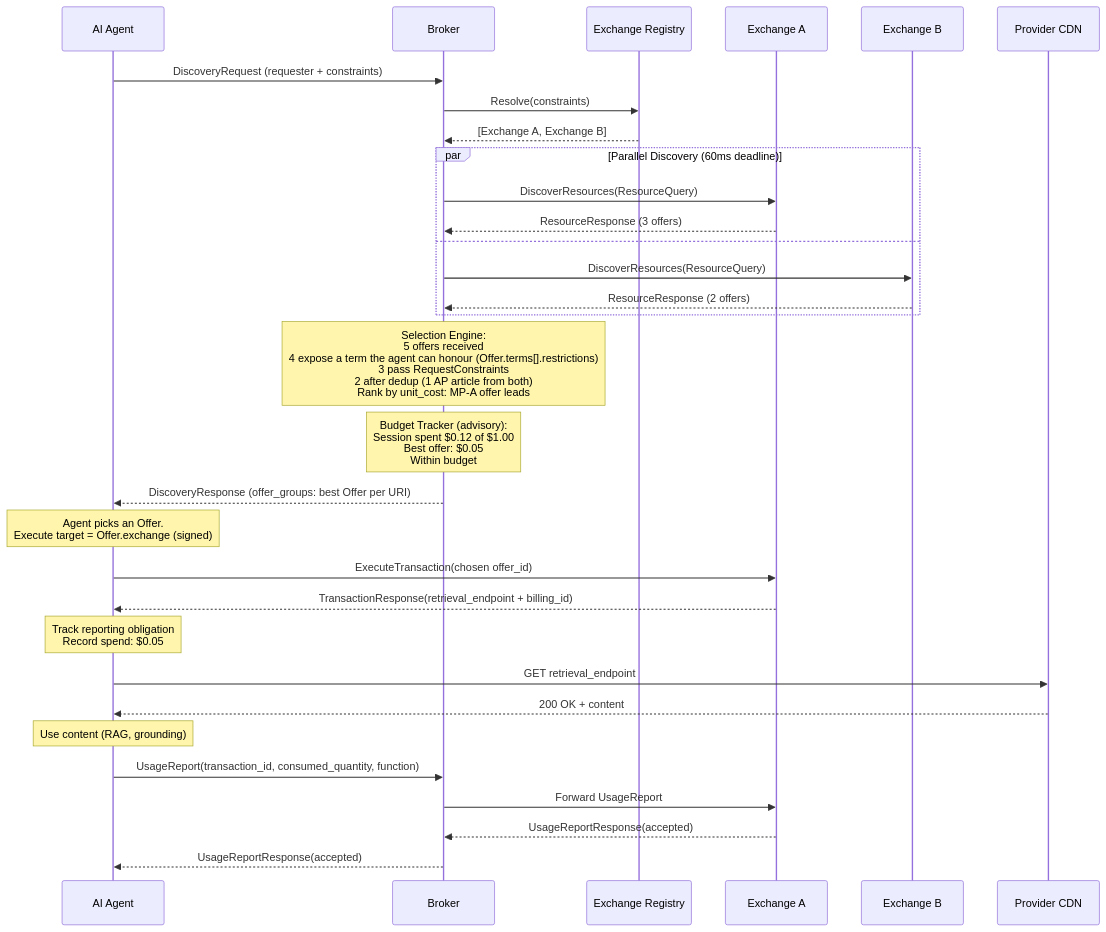
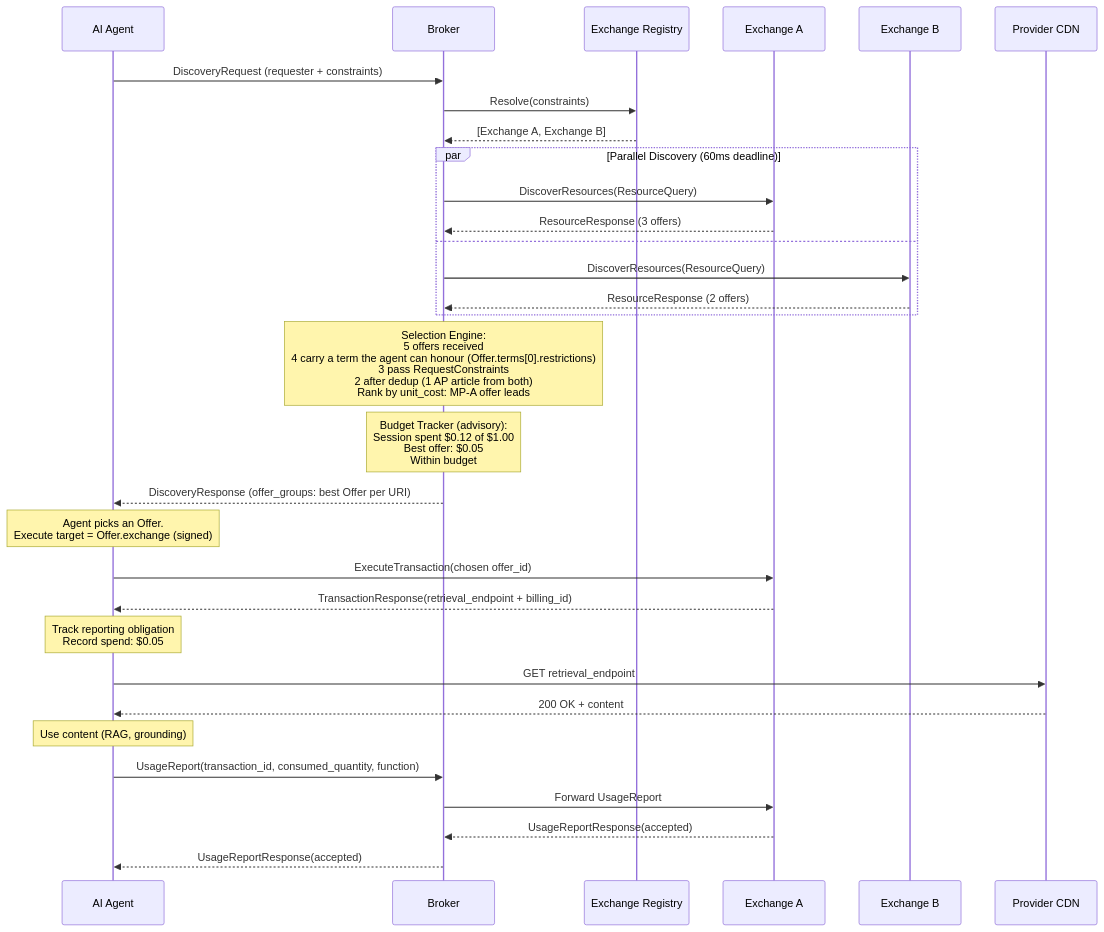
One commit to FORA-Protocol/protocol changed the second of 2 diagrams in website/src/content/docs/components/broker/overview.mdx. Above: the diagram before and after it, drawn with Mermaid. The commit also changed 30 other files, not shown here.

````diff
--- a/website/src/content/docs/components/broker/overview.mdx
+++ b/website/src/content/docs/components/broker/overview.mdx
@@ -320,45 +320,45 @@
 ```mermaid
 sequenceDiagram
     participant Agent as AI Agent
     participant Orch as Broker
     participant Reg as Exchange Registry
     participant MPA as Exchange A
     participant MPB as Exchange B
     participant CDN as Provider CDN
 
     Agent->>Orch: DiscoveryRequest (requester + constraints)
 
     Orch->>Reg: Resolve(constraints)
     Reg-->>Orch: [Exchange A, Exchange B]
 
     par Parallel Discovery (60ms deadline)
         Orch->>MPA: DiscoverResources(ResourceQuery)
         MPA-->>Orch: ResourceResponse (3 offers)
     and
         Orch->>MPB: DiscoverResources(ResourceQuery)
         MPB-->>Orch: ResourceResponse (2 offers)
     end
 
-    Note over Orch: Selection Engine:<br/>5 offers received<br/>4 expose a term the agent can honour (Offer.terms[].restrictions)<br/>3 pass RequestConstraints<br/>2 after dedup (1 AP article from both)<br/>Rank by unit_cost: MP-A offer leads
+    Note over Orch: Selection Engine:<br/>5 offers received<br/>4 carry a term the agent can honour (Offer.terms[0].restrictions)<br/>3 pass RequestConstraints<br/>2 after dedup (1 AP article from both)<br/>Rank by unit_cost: MP-A offer leads
 
     Note over Orch: Budget Tracker (advisory):<br/>Session spent $0.12 of $1.00<br/>Best offer: $0.05<br/>Within budget
 
     Orch-->>Agent: DiscoveryResponse (offer_groups: best Offer per URI)
 
     Note over Agent: Agent picks an Offer.<br/>Execute target = Offer.exchange (signed)
 
     Agent->>MPA: ExecuteTransaction(chosen offer_id)
     MPA-->>Agent: TransactionResponse(retrieval_endpoint + billing_id)
 
     Note over Agent: Track reporting obligation<br/>Record spend: $0.05
 
     Agent->>CDN: GET retrieval_endpoint
     CDN-->>Agent: 200 OK + content
 
     Note over Agent: Use content (RAG, grounding)
 
     Agent->>Orch: UsageReport(transaction_id, consumed_quantity, function)
     Orch->>MPA: Forward UsageReport
     MPA-->>Orch: UsageReportResponse(accepted)
     Orch-->>Agent: UsageReportResponse(accepted)
 ```
````
